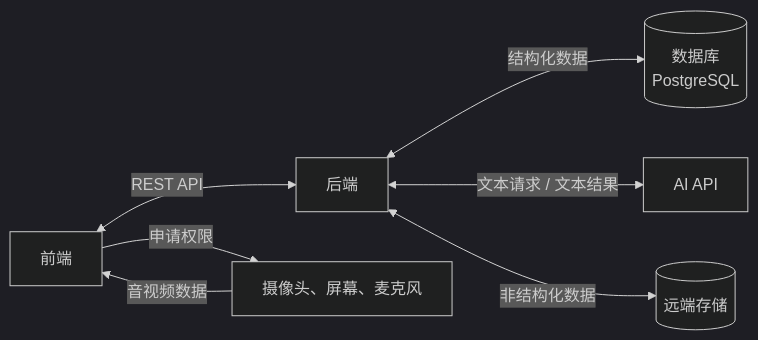
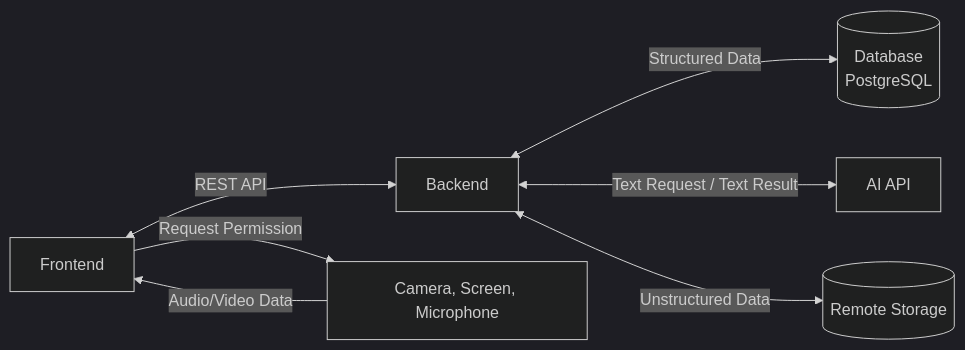
One commit to lcq1/9900_test changed the first of 3 diagrams in Plan.md. Above: the diagram before and after it, drawn with Mermaid (dark theme). The commit also changed other lines of this file and 4 other files, not shown here.

````diff
--- a/Plan.md
+++ b/Plan.md
@@ -236,16 +261,16 @@
 ```mermaid
 flowchart LR
-    FRONTEND["前端"]
-    BACKEND["后端"]
-    DB[("数据库<br/>PostgreSQL")]
+    FRONTEND["Frontend"]
+    BACKEND["Backend"]
+    DB[("Database<br/>PostgreSQL")]
     AI["AI API"]
-    DEVICES["摄像头、屏幕、麦克风"]
-    STORAGE[("远端存储")]
+    DEVICES["Camera, Screen, Microphone"]
+    STORAGE[("Remote Storage")]
 
     FRONTEND <-->|REST API| BACKEND
-    FRONTEND -->|申请权限| DEVICES
-    DEVICES -->|音视频数据| FRONTEND
-    BACKEND <-->|结构化数据| DB
-    BACKEND <-->|文本请求 / 文本结果| AI
-    BACKEND <-->|非结构化数据| STORAGE
+    FRONTEND -->|Request Permission| DEVICES
+    DEVICES -->|Audio/Video Data| FRONTEND
+    BACKEND <-->|Structured Data| DB
+    BACKEND <-->|Text Request / Text Result| AI
+    BACKEND <-->|Unstructured Data| STORAGE
 ```
````
